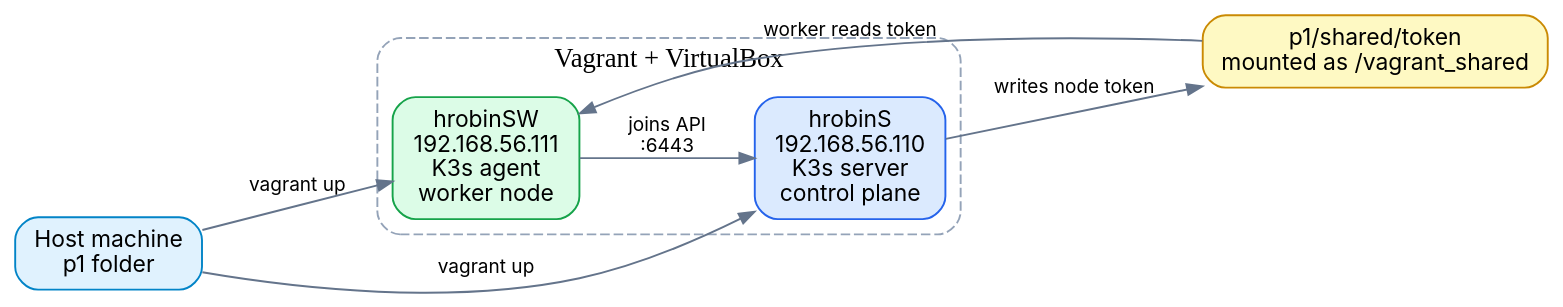
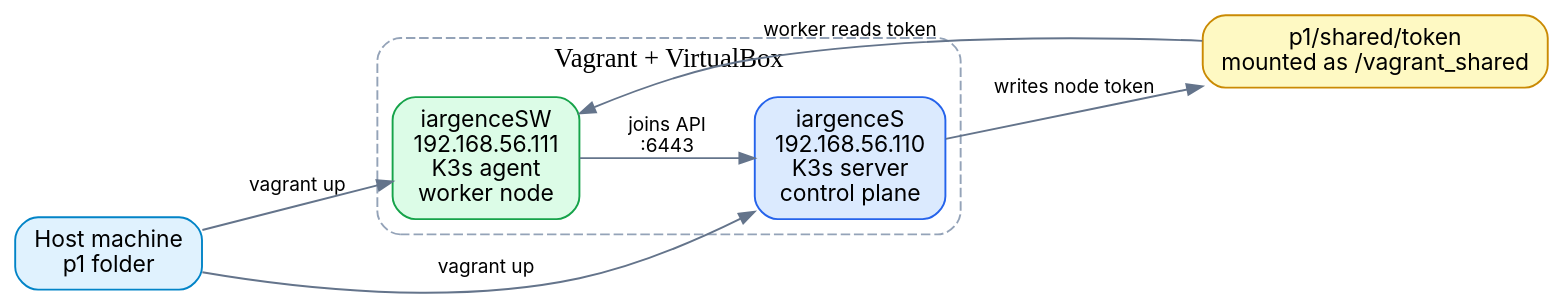
Before and after one commit to Ascriipt/iargence-maparigi-iot: the diagram in diagrams/src/p1.dot, drawn with Graphviz. The commit also changed 22 other files, not shown here.

Commit message:
feat: configure parent VM architecture, fix bonus GitLab setup and add correction guide

```diff
--- a/diagrams/src/p1.dot
+++ b/diagrams/src/p1.dot
@@ -1,22 +1,22 @@
 digraph G {
   graph [rankdir=LR, bgcolor="transparent", pad="0.3", nodesep="0.55", ranksep="0.7"];
   node [shape=box, style="rounded,filled", fontname="Inter,Arial", fontsize=12, color="#334155", fillcolor="#f8fafc", margin="0.14,0.09"];
   edge [fontname="Inter,Arial", fontsize=10, color="#64748b", arrowsize=0.8];
 
   host [label="Host machine\np1 folder", fillcolor="#e0f2fe", color="#0284c7"];
   shared [label="p1/shared/token\nmounted as /vagrant_shared", fillcolor="#fef9c3", color="#ca8a04"];
 
   subgraph cluster_vms {
     label="Vagrant + VirtualBox";
     color="#94a3b8";
     style="rounded,dashed";
-    server [label="hrobinS\n192.168.56.110\nK3s server\ncontrol plane", fillcolor="#dbeafe", color="#2563eb"];
-    worker [label="hrobinSW\n192.168.56.111\nK3s agent\nworker node", fillcolor="#dcfce7", color="#16a34a"];
+    server [label="iargenceS\n192.168.56.110\nK3s server\ncontrol plane", fillcolor="#dbeafe", color="#2563eb"];
+    worker [label="iargenceSW\n192.168.56.111\nK3s agent\nworker node", fillcolor="#dcfce7", color="#16a34a"];
   }
 
   host -> server [label="vagrant up"];
   host -> worker [label="vagrant up"];
   server -> shared [label="writes node token"];
   shared -> worker [label="worker reads token"];
   worker -> server [label="joins API\n:6443"];
 }
```
